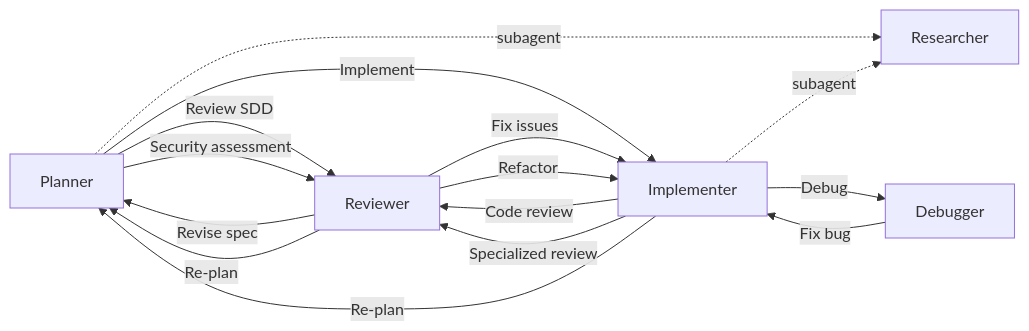
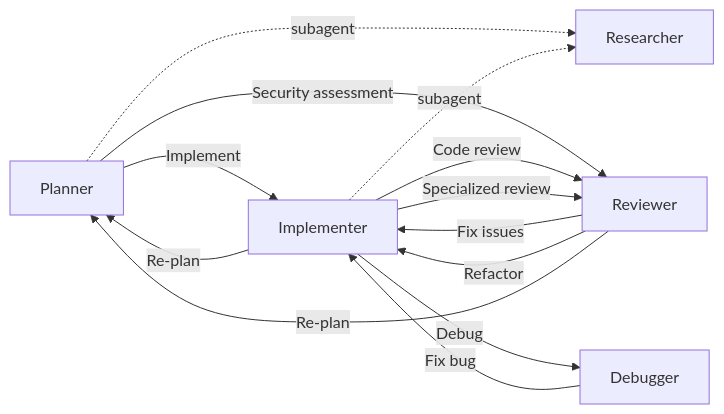
One commit to zexion7873/copilot-setting changed the second of 2 diagrams in README.md. Above: the diagram before and after it, drawn with Mermaid. The commit also changed other lines of this file and 7 other files, not shown here.

First line of the commit message:
refactor(planner): merge sdd into plan skill, remove sdd and sdd-review

````diff
--- a/README.md
+++ b/README.md
@@ -127,20 +127,18 @@
 ```mermaid
 flowchart LR
-    Planner -->|"Review SDD"| Reviewer
     Planner -->|"Implement"| Implementer
     Planner -->|"Security assessment"| Reviewer
     Planner -.->|"subagent"| Researcher
 
     Implementer -.->|"subagent"| Researcher
     Implementer -->|"Code review"| Reviewer
     Implementer -->|"Specialized review"| Reviewer
     Implementer -->|"Debug"| Debugger
     Implementer -->|"Re-plan"| Planner
 
     Reviewer -->|"Fix issues"| Implementer
     Reviewer -->|"Refactor"| Implementer
-    Reviewer -->|"Revise spec"| Planner
     Reviewer -->|"Re-plan"| Planner
 
     Debugger -->|"Fix bug"| Implementer
 ```
````
